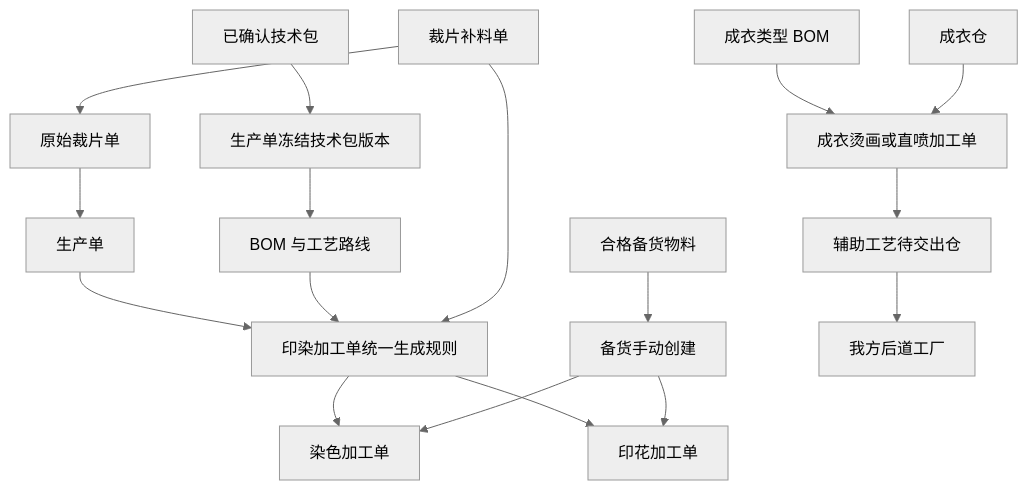
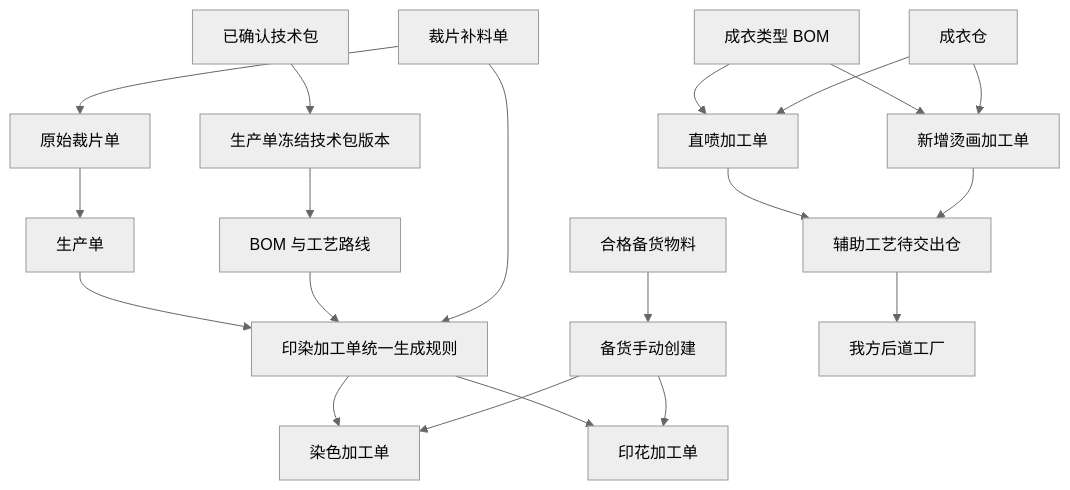
One commit to laoertongxue/higoods changed the second of 2 diagrams in docs/superpowers/specs/2026-07-22-heat-transfer-and-print-dye-cleanup-design.md. Above: the diagram before and after it, drawn with Mermaid (neutral theme). The commit also changed other lines of this file, not shown here.

````diff
--- a/docs/superpowers/specs/2026-07-22-heat-transfer-and-print-dye-cleanup-design.md
+++ b/docs/superpowers/specs/2026-07-22-heat-transfer-and-print-dye-cleanup-design.md
@@ -468,22 +489,25 @@
 ```mermaid
 flowchart TD
   TP["已确认技术包"] --> SNAP["生产单冻结技术包版本"]
   SNAP --> BOM["BOM 与工艺路线"]
 
   PO["生产单"] --> GEN["印染加工单统一生成规则"]
   BOM --> GEN
   STOCK["合格备货物料"] --> MANUAL["备货手动创建"]
   SUP["裁片补料单"] --> CUT["原始裁片单"]
   CUT --> PO
   SUP --> GEN
 
   GEN --> DYE["染色加工单"]
   GEN --> PRINT["印花加工单"]
   MANUAL --> DYE
   MANUAL --> PRINT
 
-  GARMENT_BOM["成衣类型 BOM"] --> AUX["成衣烫画或直喷加工单"]
-  GARMENT_WH["成衣仓"] --> AUX
-  AUX --> AUX_OUT["辅助工艺待交出仓"]
+  GARMENT_BOM["成衣类型 BOM"] --> DIRECT["直喷加工单"]
+  GARMENT_BOM --> HEAT["新增烫画加工单"]
+  GARMENT_WH["成衣仓"] --> DIRECT
+  GARMENT_WH --> HEAT
+  DIRECT --> AUX_OUT["辅助工艺待交出仓"]
+  HEAT --> AUX_OUT
   AUX_OUT --> POST["我方后道工厂"]
 ```
````
